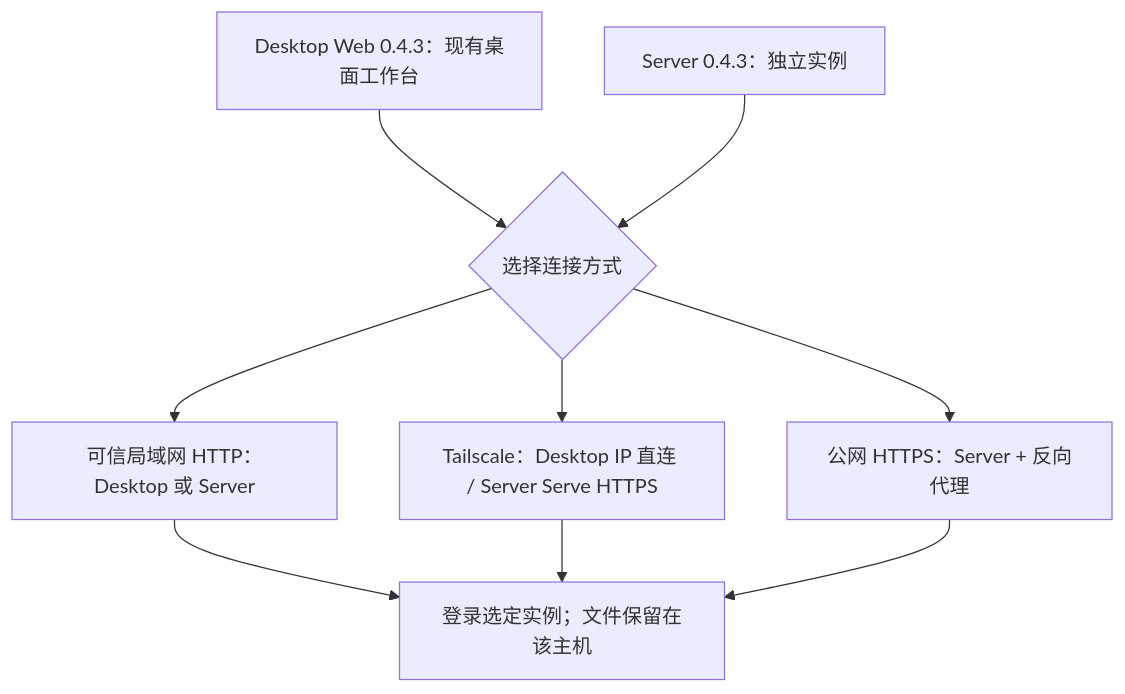
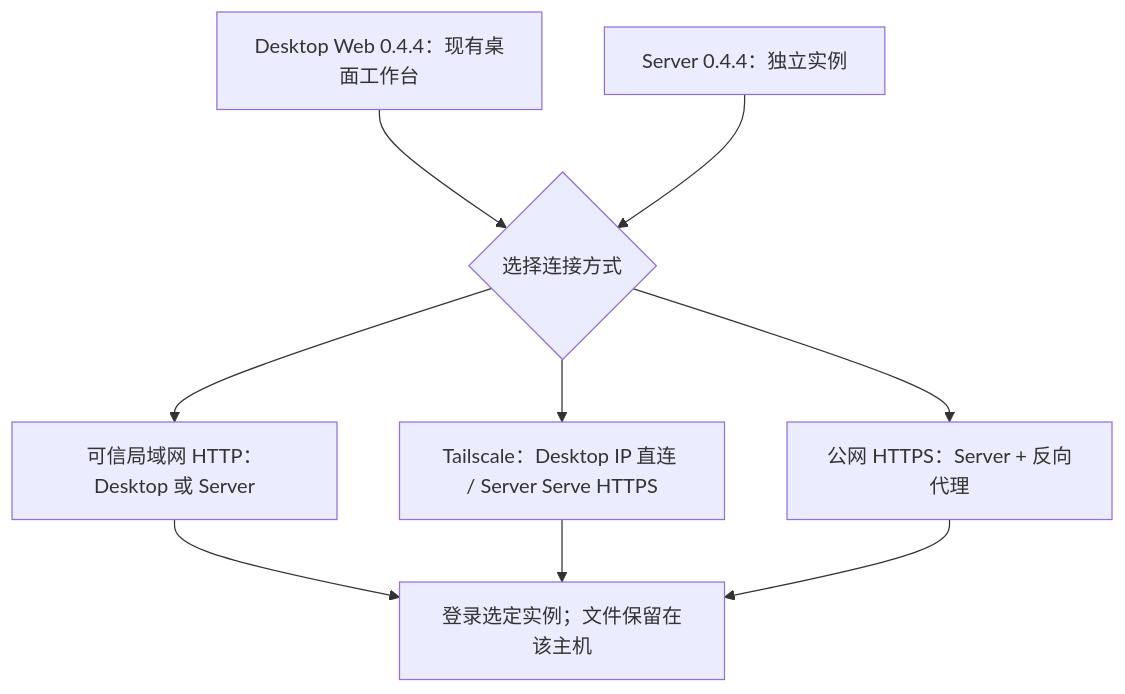
Before and after one commit to 1443205008/rovai-ai: the diagram in website/site/public/assets/diagrams/deployment-choice-zh.mmd, drawn with Mermaid. The commit also changed 11 other files, not shown here.

```diff
--- a/website/site/public/assets/diagrams/deployment-choice-zh.mmd
+++ b/website/site/public/assets/diagrams/deployment-choice-zh.mmd
@@ -1,12 +1,12 @@
 flowchart TB
-  desktop["Desktop Web 0.4.3：现有桌面工作台"]
-  server["Server 0.4.3：独立实例"]
+  desktop["Desktop Web 0.4.4：现有桌面工作台"]
+  server["Server 0.4.4：独立实例"]
   choice{"选择连接方式"}
   desktop --> choice
   server --> choice
   choice --> lan["可信局域网 HTTP：Desktop 或 Server"]
   choice --> ts["Tailscale：Desktop IP 直连 / Server Serve HTTPS"]
   choice --> public["公网 HTTPS：Server + 反向代理"]
   lan --> login["登录选定实例；文件保留在该主机"]
   ts --> login
   public --> login
```
